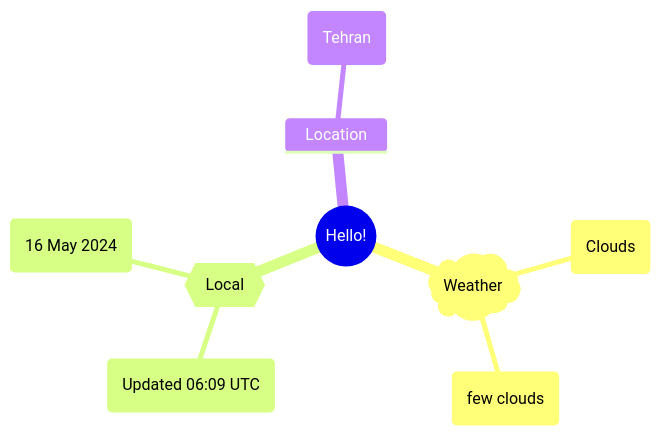
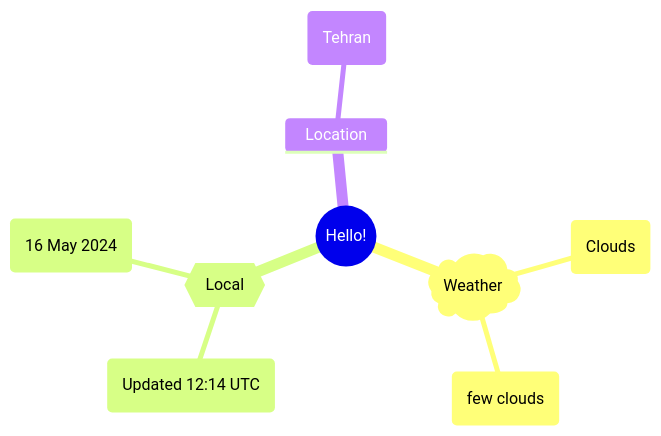
One commit to Xosrov/Xosrov changed the first of 2 diagrams in README.md. Above: the diagram before and after it, drawn with Mermaid.

Commit message:
[bot] updated images

````diff
--- a/README.md
+++ b/README.md
@@ -3,12 +3,12 @@
 ```mermaid
 mindmap
   root((Hello!))
     )Weather(
         (Clouds)
         (few clouds)
     {{Local}}
-        (Updated 06:09 UTC)
+        (Updated 12:14 UTC)
         (16 May 2024)
     Location
         (Tehran)
 ```
````
